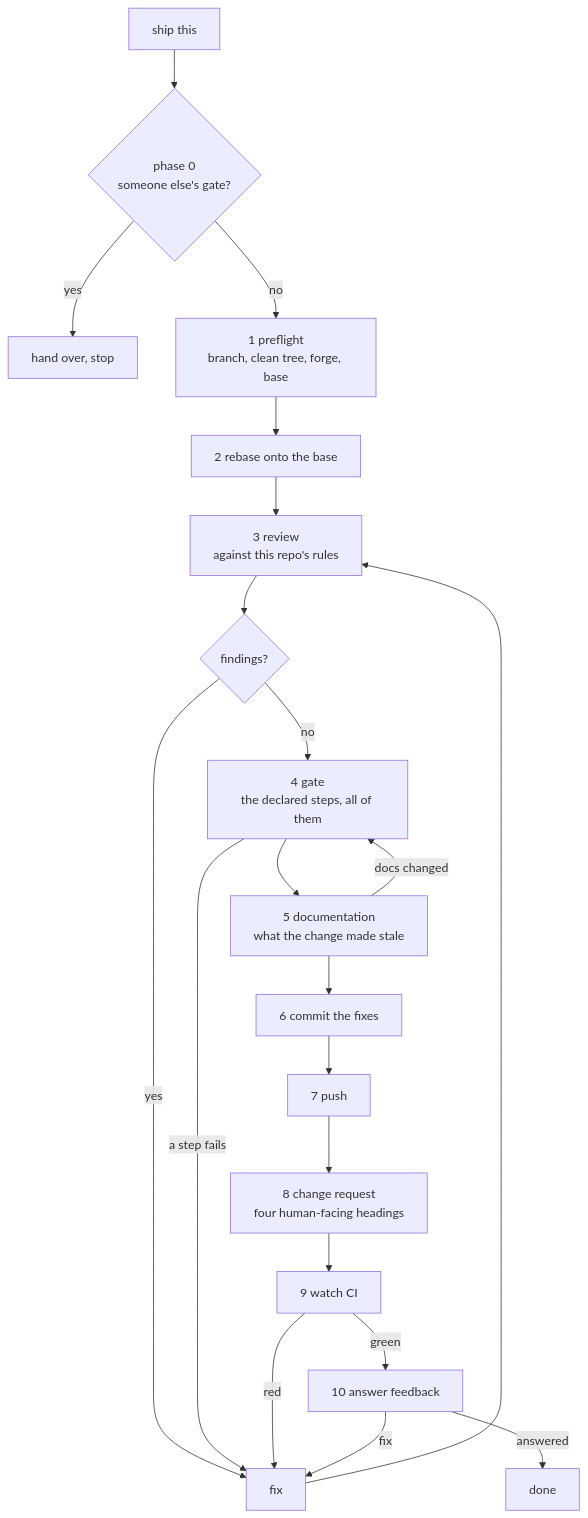
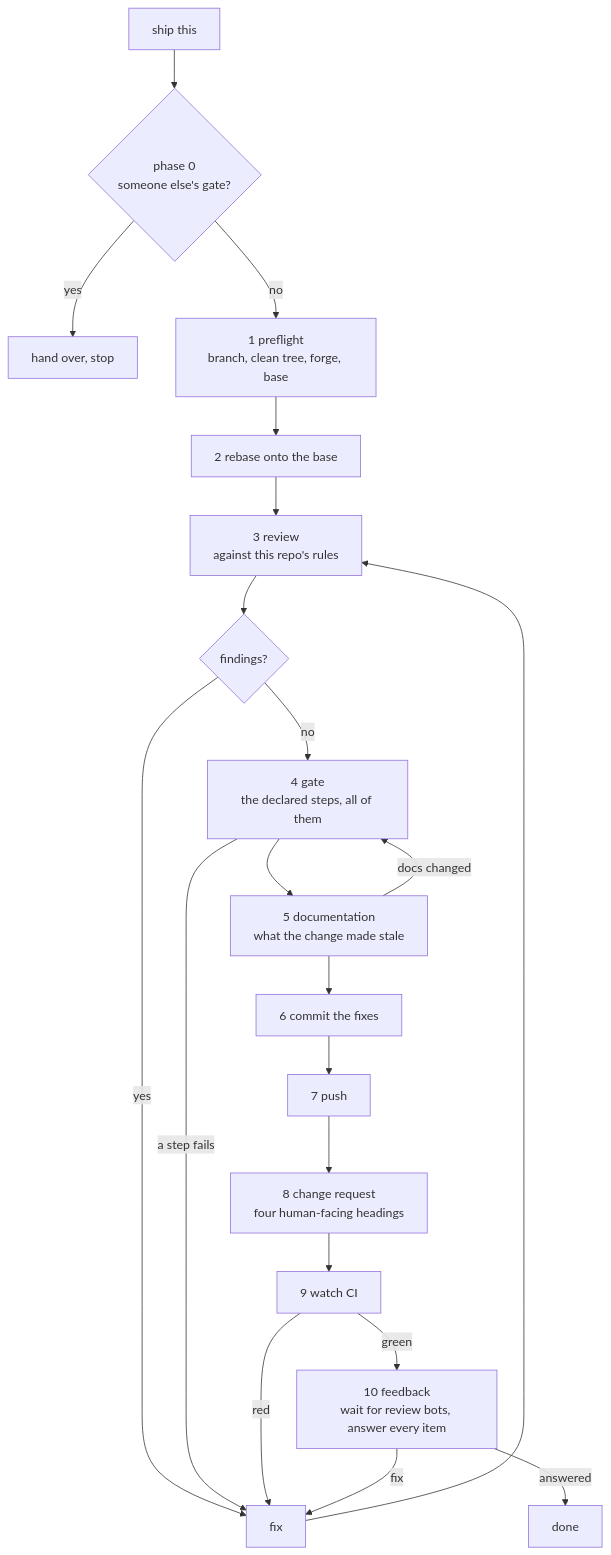
The diagram in README.md (LeTuR/publish), drawn with Mermaid before and after one commit. The commit also changed other lines of this file and 10 other files, not shown here.

First line of the commit message:
feat: make the feedback phase read bot summaries, wait for late reviewers and cap each point at two rounds (#8)

````diff
--- a/README.md
+++ b/README.md
@@ -45,22 +45,22 @@
 ```mermaid
 flowchart TD
     A["ship this"] --> B{"phase 0<br/>someone else's gate?"}
     B -->|yes| Z["hand over, stop"]
     B -->|no| C["1 preflight<br/>branch, clean tree, forge, base"]
     C --> D["2 rebase onto the base"]
     D --> E["3 review<br/>against this repo's rules"]
     E --> F{"findings?"}
     F -->|yes| G["fix"] --> E
     F -->|no| H["4 gate<br/>the declared steps, all of them"]
     H -->|a step fails| G
     H --> D5["5 documentation<br/>what the change made stale"]
     D5 -->|docs changed| H
     D5 --> I["6 commit the fixes"]
     I --> J["7 push"]
     J --> K["8 change request<br/>four human-facing headings"]
     K --> L["9 watch CI"]
     L -->|red| G
-    L -->|green| Q["10 answer feedback"]
+    L -->|green| Q["10 feedback<br/>wait for review bots, answer every item"]
     Q -->|fix| G
     Q -->|answered| M["done"]
 ```
````
